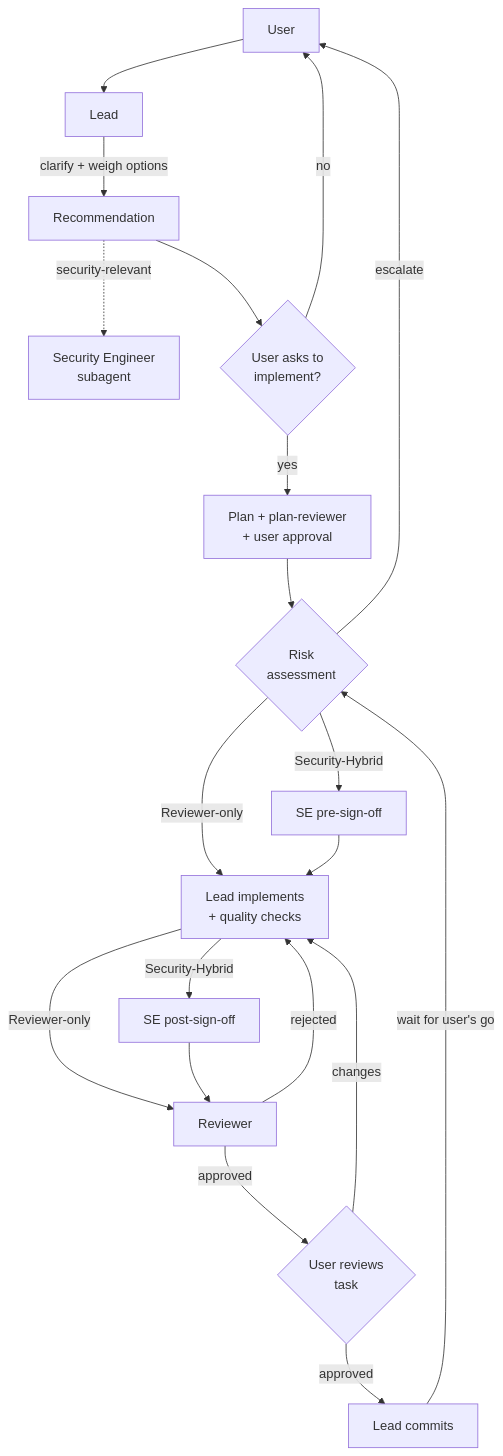
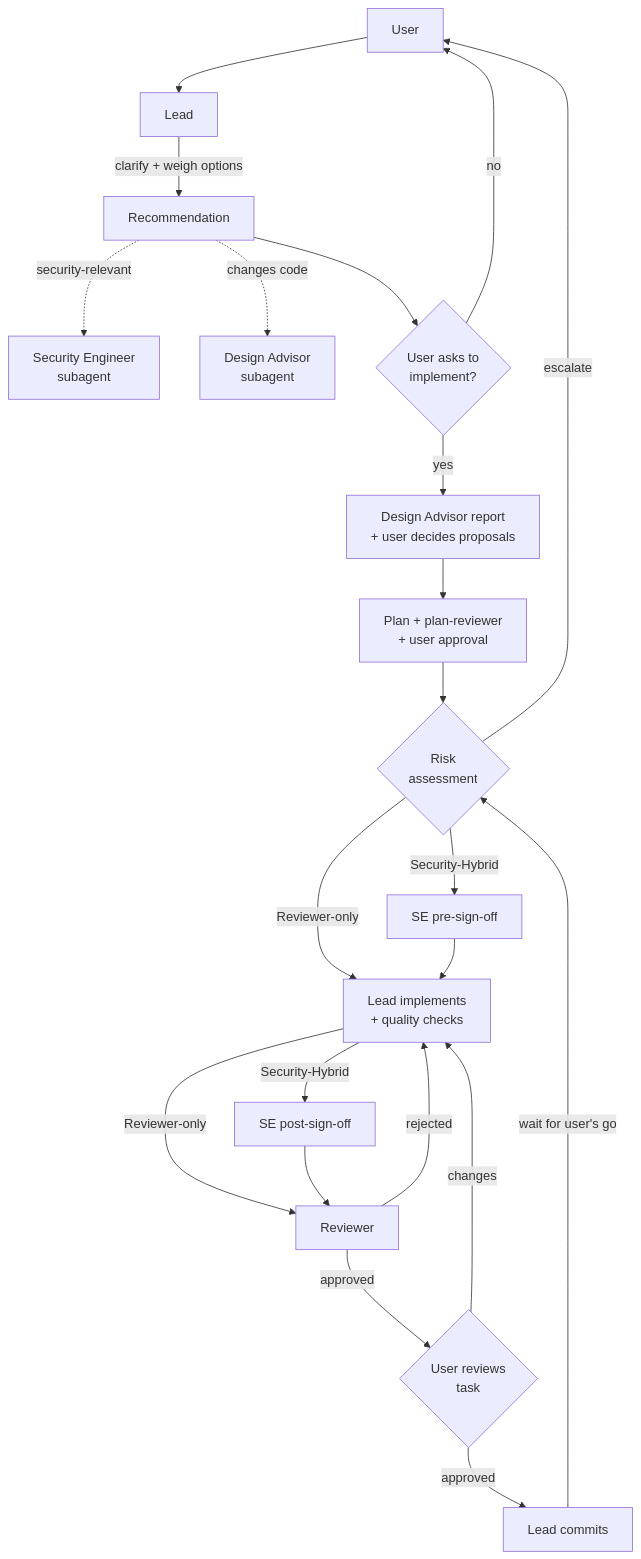
The third of 3 diagrams in README.md (chdalski/claude_orchestration), drawn with Mermaid before and after one commit. The commit also changed other lines of this file and 10 other files, not shown here.

````diff
--- a/README.md
+++ b/README.md
@@ -295,22 +304,24 @@
 ```mermaid
 graph TD
     User --> Lead
     Lead -->|clarify + weigh options| Advice[Recommendation]
     Advice -.->|security-relevant| SEC[Security Engineer<br/>subagent]
+    Advice -.->|changes code| DA[Design Advisor<br/>subagent]
     Advice --> UDec{User asks to<br/>implement?}
     UDec -->|no| User
-    UDec -->|yes| Plan[Plan + plan-reviewer<br/>+ user approval]
+    UDec -->|yes| Design[Design Advisor report<br/>+ user decides proposals]
+    Design --> Plan[Plan + plan-reviewer<br/>+ user approval]
     Plan --> Risk{Risk<br/>assessment}
     Risk -->|escalate| User
     Risk -->|Security-Hybrid| Pre[SE pre-sign-off]
     Risk -->|Reviewer-only| Impl[Lead implements<br/>+ quality checks]
     Pre --> Impl
     Impl -->|Security-Hybrid| Post[SE post-sign-off]
     Impl -->|Reviewer-only| Rev[Reviewer]
     Post --> Rev
     Rev -->|rejected| Impl
     Rev -->|approved| UR{User reviews<br/>task}
     UR -->|changes| Impl
     UR -->|approved| Commit[Lead commits]
     Commit -->|wait for user's go| Risk
 ```
````
